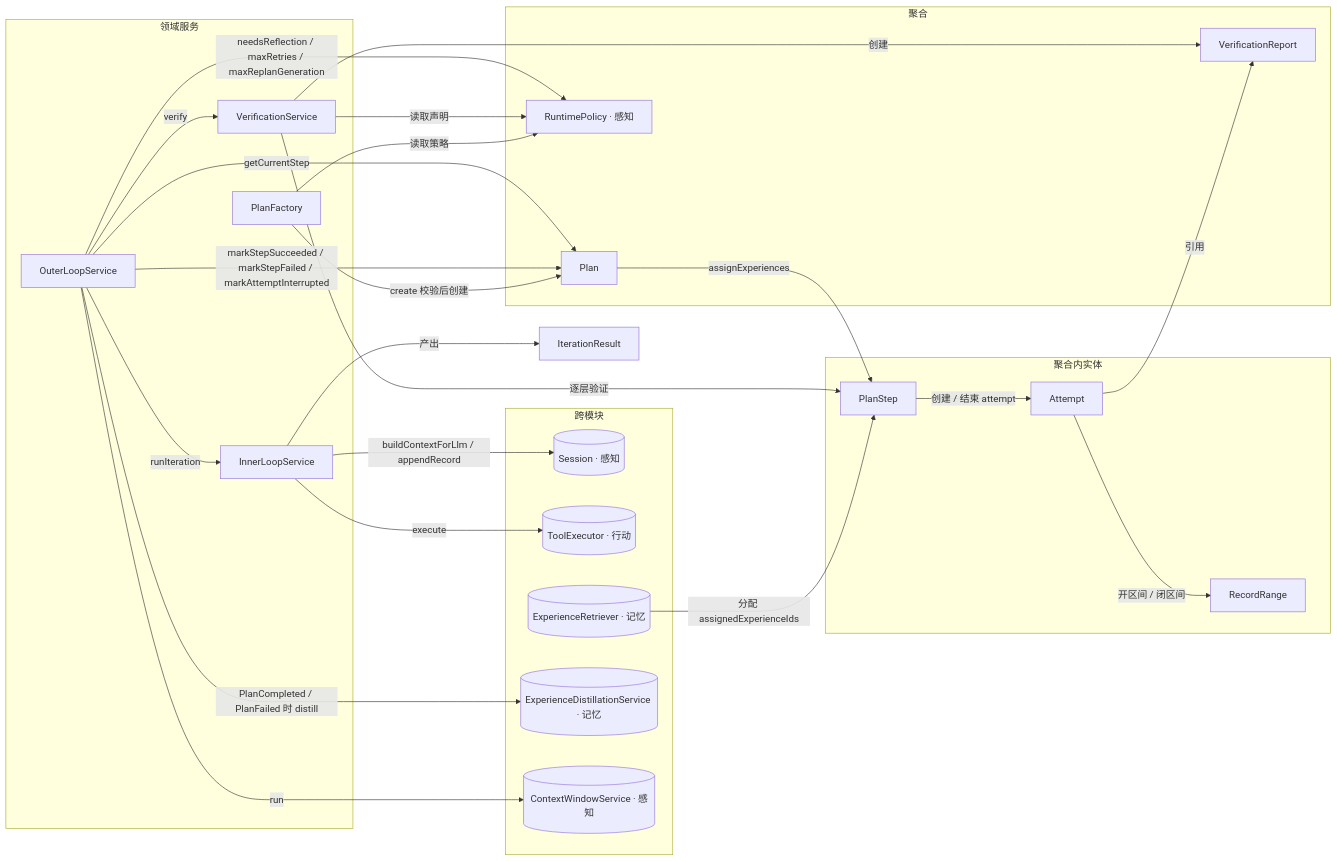
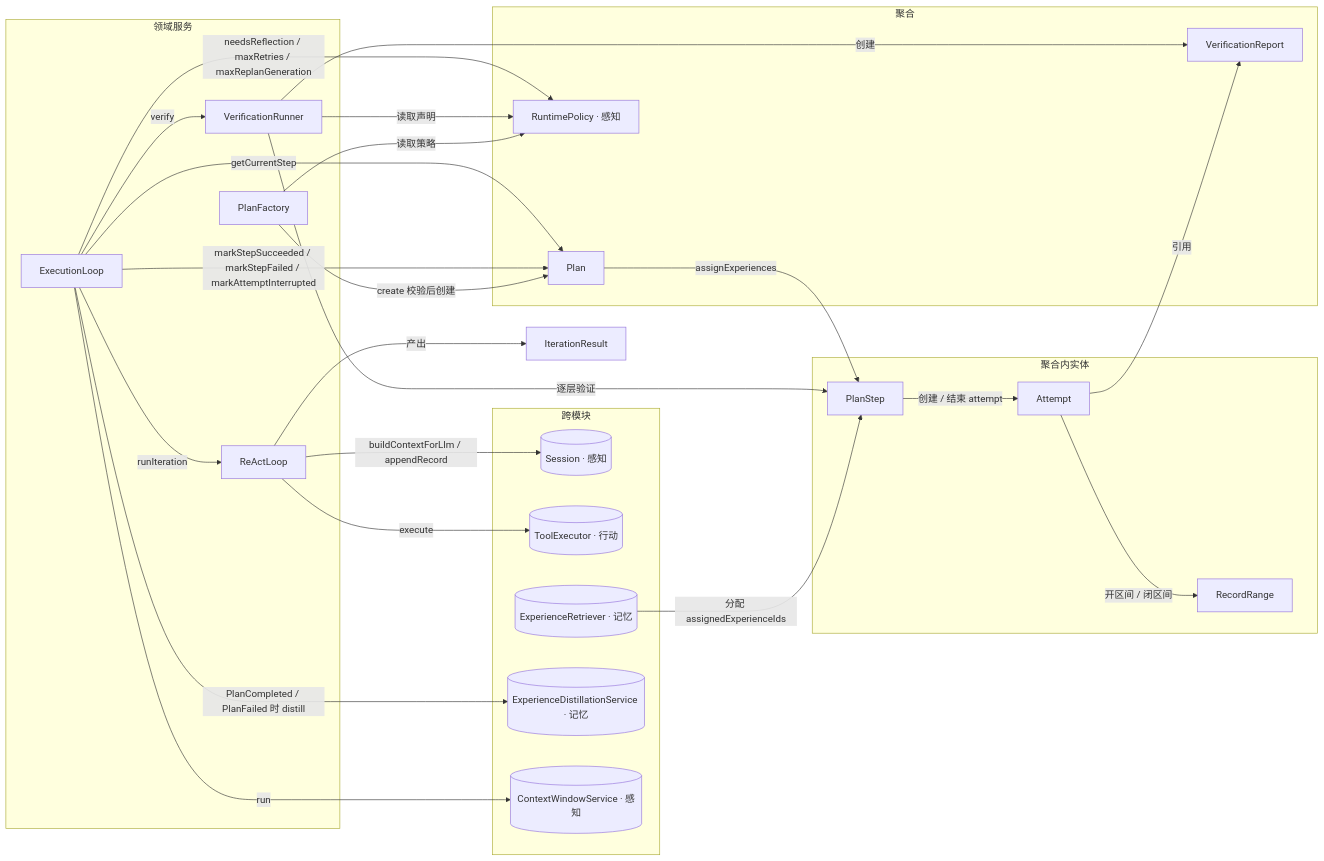
The second of 6 diagrams in model/模块-规划.md (zcd0831/Jellyfish-Docs), drawn with Mermaid before and after one commit. The commit also changed other lines of this file and 9 other files, not shown here.

````diff
--- a/model/模块-规划.md
+++ b/model/模块-规划.md
@@ -197,53 +204,53 @@
 ```mermaid
 flowchart LR
     subgraph 领域服务
-        OL[OuterLoopService]
-        IL[InnerLoopService]
-        VS[VerificationService]
+        OL[ExecutionLoop]
+        IL[ReActLoop]
+        VS[VerificationRunner]
         PF[PlanFactory]
     end
 
     subgraph 聚合
         P[Plan]
         VR[VerificationReport]
         RP[RuntimePolicy · 感知]
     end
 
     subgraph 聚合内实体
         PS[PlanStep]
         AT[Attempt]
         RR[RecordRange]
     end
 
     subgraph 跨模块
         S[(Session · 感知)]
         TE[(ToolExecutor · 行动)]
         EX[(ExperienceRetriever · 记忆)]
         DS[(ExperienceDistillationService · 记忆)]
         CW[(ContextWindowService · 感知)]
     end
 
     OL -->|run| CW
     OL -->|getCurrentStep| P
     OL -->|runIteration| IL
     OL -->|verify| VS
     OL -->|markStepSucceeded / markStepFailed / markAttemptInterrupted| P
     OL -->|needsReflection / maxRetries / maxReplanGeneration| RP
     OL -->|PlanCompleted / PlanFailed 时 distill| DS
 
     IL -->|buildContextForLlm / appendRecord| S
     IL -->|execute| TE
     IL -->|产出| IR[IterationResult]
 
     VS -->|逐层验证| PS
     VS -->|读取声明| RP
     VS -->|创建| VR
 
     PF -->|create 校验后创建| P
     PF -->|读取策略| RP
     P -->|assignExperiences| PS
     PS -->|创建 / 结束 attempt| AT
     AT -->|开区间 / 闭区间| RR
     AT -->|引用| VR
     EX -->|分配 assignedExperienceIds| PS
 ```
````
